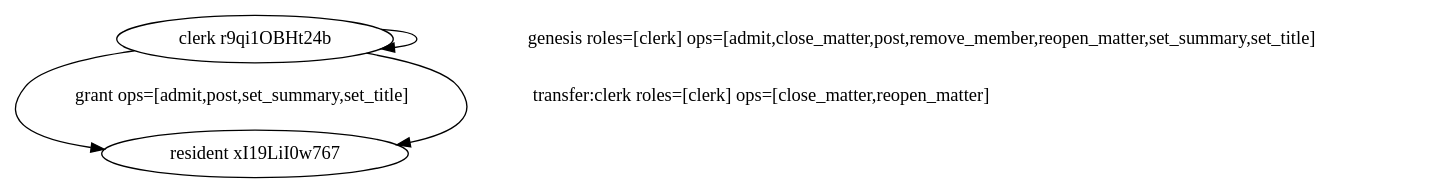
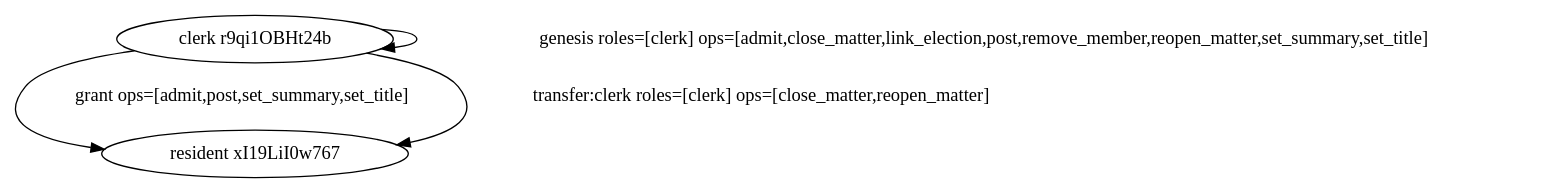
Before and after one commit to treetopdevs/lattice: the diagram in artifacts/township/trust_graph.dot, drawn with Graphviz. The commit also changed 140 other files, not shown here.

```diff
--- a/artifacts/township/trust_graph.dot
+++ b/artifacts/township/trust_graph.dot
@@ -1,7 +1,7 @@
 digraph lattice {
   "r9qi1OBHt24b" [label="clerk r9qi1OBHt24b", shape="ellipse"];
   "xI19LiI0w767" [label="resident xI19LiI0w767", shape="ellipse"];
-  "r9qi1OBHt24b" -> "r9qi1OBHt24b" [label="genesis roles=[clerk] ops=[admit,close_matter,post,remove_member,reopen_matter,set_summary,set_title]"];
+  "r9qi1OBHt24b" -> "r9qi1OBHt24b" [label="genesis roles=[clerk] ops=[admit,close_matter,link_election,post,remove_member,reopen_matter,set_summary,set_title]"];
   "r9qi1OBHt24b" -> "xI19LiI0w767" [label="grant ops=[admit,post,set_summary,set_title]"];
   "r9qi1OBHt24b" -> "xI19LiI0w767" [label="transfer:clerk roles=[clerk] ops=[close_matter,reopen_matter]"];
 }
```
